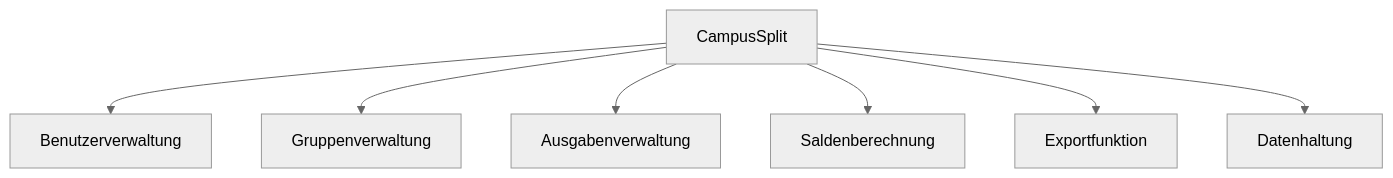
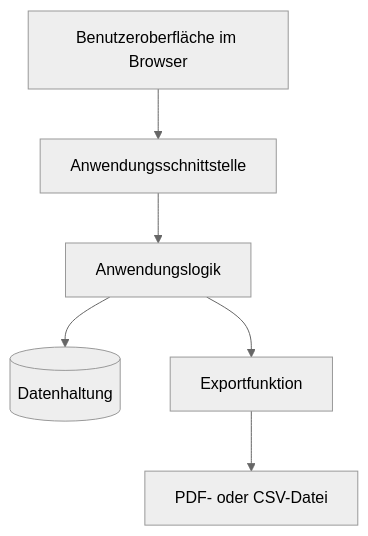
Before and after one commit to Bunyamin0101/WK_1106_CampusSplit: the second of 5 diagrams in Spezifikation/P2_Architekturueberblick.md, drawn with Mermaid (neutral theme). The commit also changed other lines of this file, not shown here.

First line of the commit message:
Revise architecture overview and terminology in documentation

````diff
--- a/Spezifikation/P2_Architekturueberblick.md
+++ b/Spezifikation/P2_Architekturueberblick.md
@@ -49,9 +66,15 @@
 ```mermaid
 flowchart TD
-    A[CampusSplit] --> B[Benutzerverwaltung]
-    A --> C[Gruppenverwaltung]
-    A --> D[Ausgabenverwaltung]
-    A --> E[Saldenberechnung]
-    A --> F[Exportfunktion]
-    A --> G[Datenhaltung]
+    UI[Benutzeroberfläche im Browser]
+    API[Anwendungsschnittstelle]
+    LOGIC[Anwendungslogik]
+    DB[(Datenhaltung)]
+    EXP[Exportfunktion]
+    FILE[PDF- oder CSV-Datei]
+
+    UI --> API
+    API --> LOGIC
+    LOGIC --> DB
+    LOGIC --> EXP
+    EXP --> FILE
 ```
````
